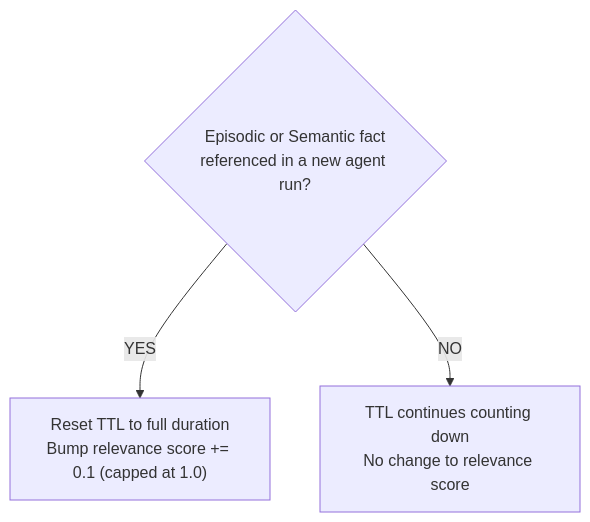
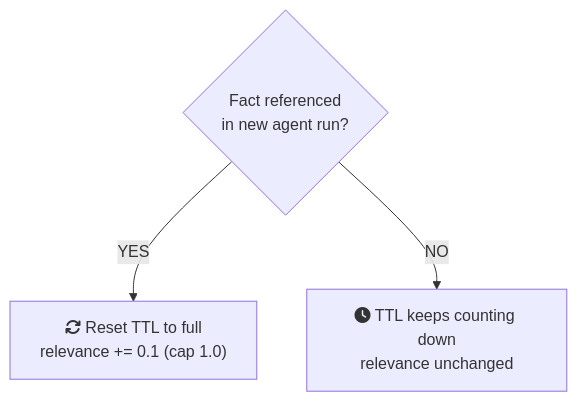
Before and after one commit to alilibx/ecqo: the sixth of 7 diagrams in docs/flows/memory-pipeline.md, drawn with Mermaid. The commit also changed other lines of this file and 23 other files, not shown here.

````diff
--- a/docs/flows/memory-pipeline.md
+++ b/docs/flows/memory-pipeline.md
@@ -207,6 +192,6 @@
 ```mermaid
 flowchart TD
-    A{"Episodic or Semantic fact<br/>referenced in a new agent run?"}
-    A -- YES --> B["Reset TTL to full duration<br/>Bump relevance score += 0.1 (capped at 1.0)"]
-    A -- NO --> C["TTL continues counting down<br/>No change to relevance score"]
+    A{"Fact referenced<br/>in new agent run?"}
+    A -- YES --> B["fa:fa-arrows-rotate Reset TTL to full<br/>relevance += 0.1 (cap 1.0)"]
+    A -- NO --> C["fa:fa-clock TTL keeps counting down<br/>relevance unchanged"]
 ```
````
